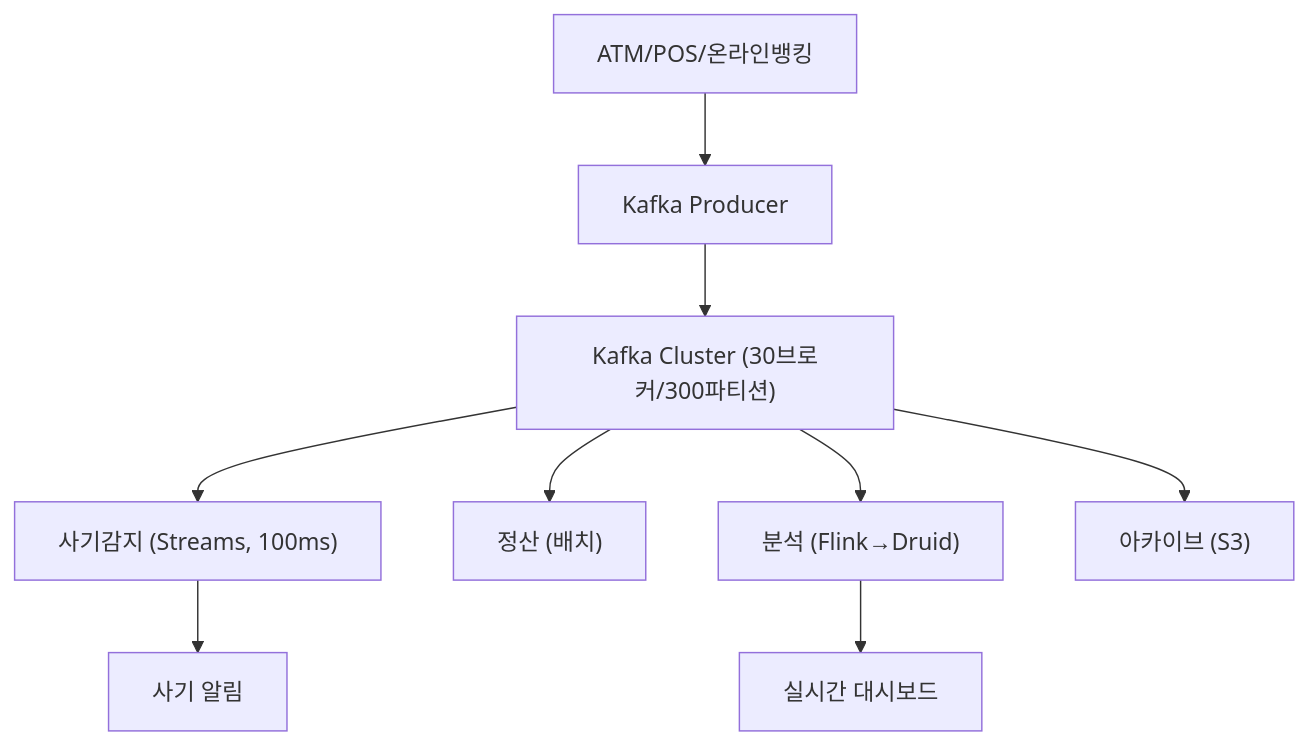
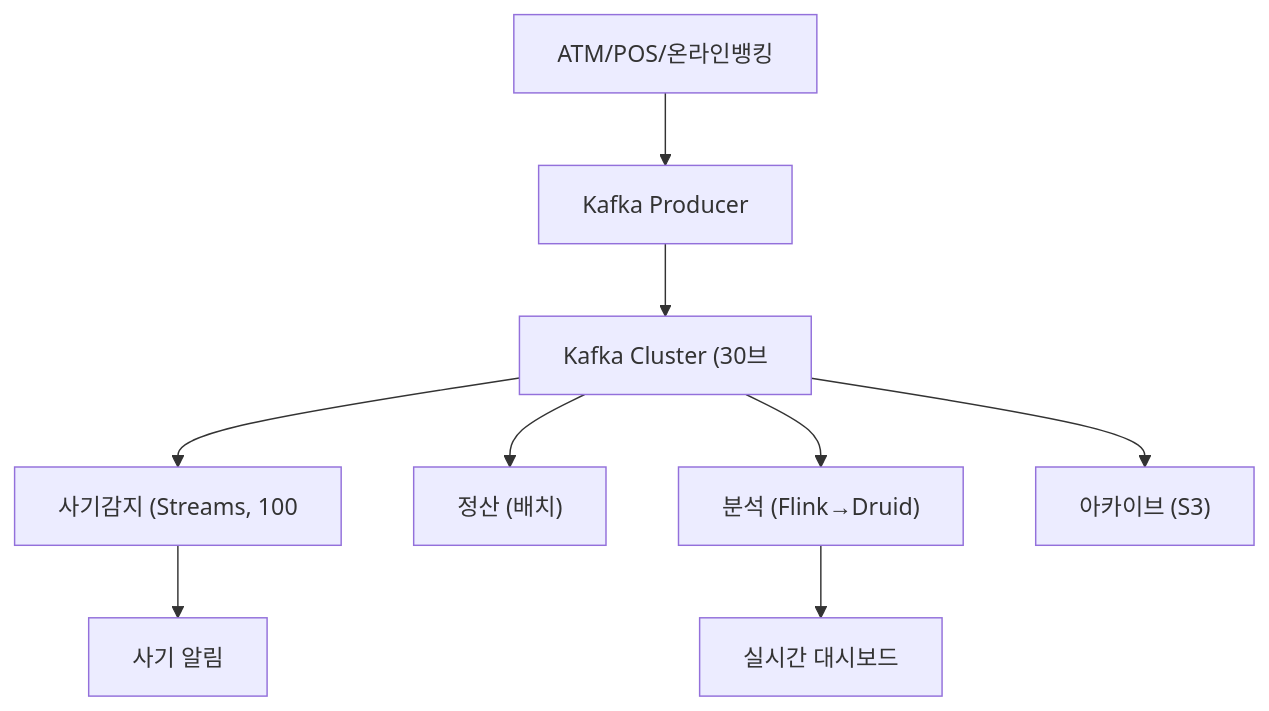
The tenth of 12 diagrams in _posts/kafka/2026-05-02-kafka-deep.md (yjkim2015/yjkim2015.github.io), drawn with Mermaid before and after one commit. The commit also changed other lines of this file and 271 other files, not shown here.

First line of the commit message:
Mermaid 라벨 축소: 긴 노드 텍스트 18자 이하로 트림 + \n 제거

````diff
--- a/_posts/kafka/2026-05-02-kafka-deep.md
+++ b/_posts/kafka/2026-05-02-kafka-deep.md
@@ -582,11 +582,11 @@
 ```mermaid
 graph TD
     SRC["ATM/POS/온라인뱅킹"] --> P["Kafka Producer"]
-    P --> KC["Kafka Cluster (30브로커/300파티션)"]
-    KC --> FD["사기감지 (Streams, 100ms)"]
+    P --> KC["Kafka Cluster (30브"]
+    KC --> FD["사기감지 (Streams, 100"]
     KC --> ST["정산 (배치)"]
     KC --> AN["분석 (Flink→Druid)"]
     KC --> AR["아카이브 (S3)"]
     FD --> Alert["사기 알림"]
     AN --> Dashboard["실시간 대시보드"]
 ```
````
